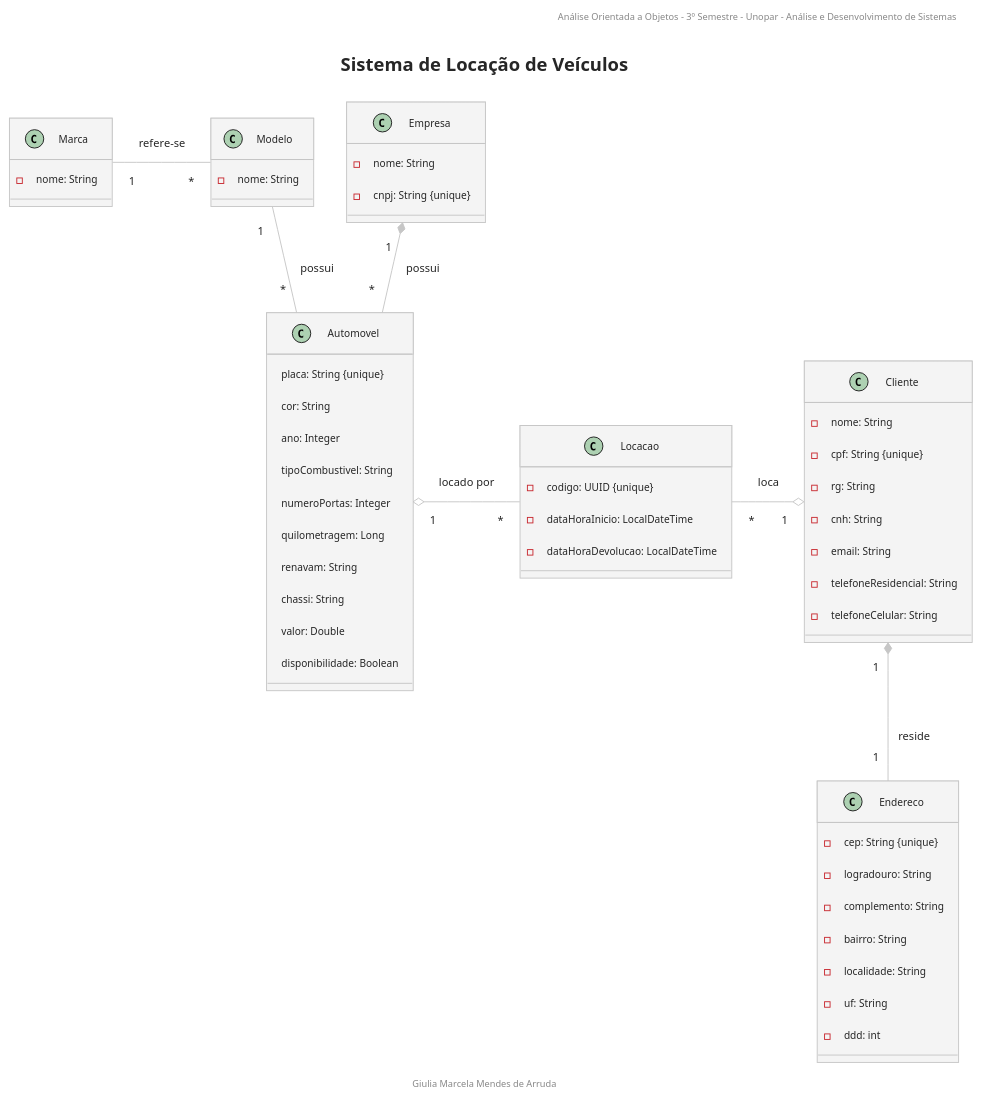
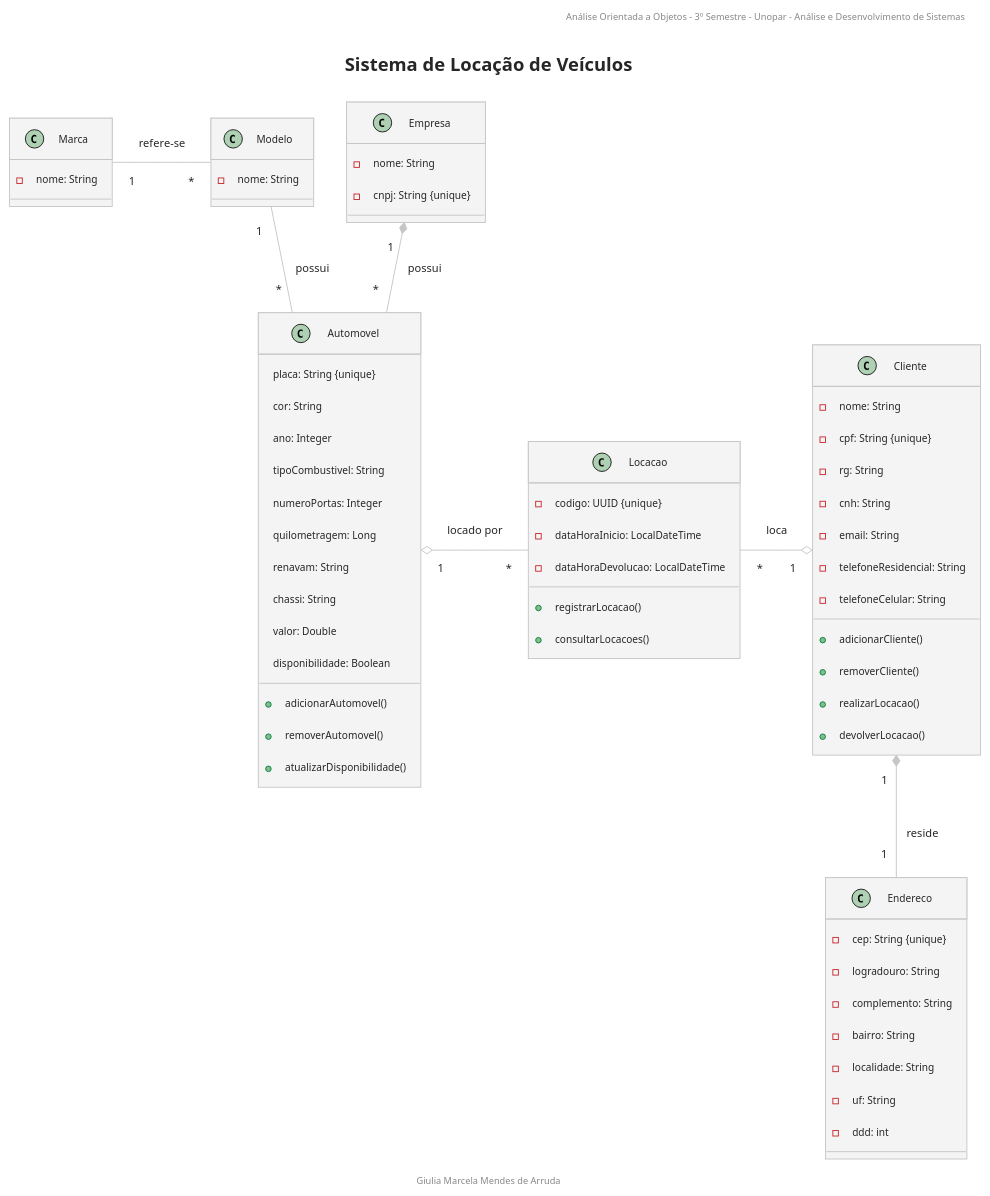
One commit to GiuliaMarcela/vehicle-rental-ooa changed the diagram in diagrama_locacao_veiculos.puml. Above: the diagram before and after it, drawn with PlantUML.

Commit message:
feat: add method to each class

```diff
--- a/diagrama_locacao_veiculos.puml
+++ b/diagrama_locacao_veiculos.puml
@@ -1,69 +1,81 @@
 @startuml
 header Análise Orientada a Objetos - 3º Semestre - Unopar - Análise e Desenvolvimento de Sistemas
 
 title Sistema de Locação de Veículos
 
 footer Giulia Marcela Mendes de Arruda
 
 !theme carbon-gray
 
 class Empresa {
   - nome: String
   - cnpj: String {unique}
 }
 
 class Automovel {
   placa: String {unique}
   cor: String
   ano: Integer
   tipoCombustivel: String
   numeroPortas: Integer
   quilometragem: Long
   renavam: String
   chassi: String
   valor: Double
   disponibilidade: Boolean
+
+  + adicionarAutomovel()
+  + removerAutomovel()
+  + atualizarDisponibilidade()
 }
 
 class Cliente {
   - nome: String
   - cpf: String {unique}
   - rg: String
   - cnh: String
   - email: String
   - telefoneResidencial: String
   - telefoneCelular: String
+
+  + adicionarCliente()
+  + removerCliente()
+  + realizarLocacao()
+  + devolverLocacao()
 }
 
 class Endereco {
   - cep: String {unique}
   - logradouro: String
   - complemento: String
   - bairro: String
   - localidade: String
   - uf: String
   - ddd: int
 }
 
 class Marca {
   - nome: String
 }
 
 class Modelo {
   - nome: String
 }
 
 class Locacao {
   - codigo: UUID {unique}
   - dataHoraInicio: LocalDateTime
   - dataHoraDevolucao: LocalDateTime
+
+  + registrarLocacao()
+  + consultarLocacoes()
 }
 
 Empresa "1" *-- "*" Automovel : possui
 Cliente "1" *-- "1" Endereco : reside
 Modelo "1" -- "*" Automovel : possui
 Marca "1" - "*" Modelo : refere-se
 Automovel "1" o- "*" Locacao : locado por 
 Locacao "*" -o "1" Cliente : loca
 
 @enduml
```
